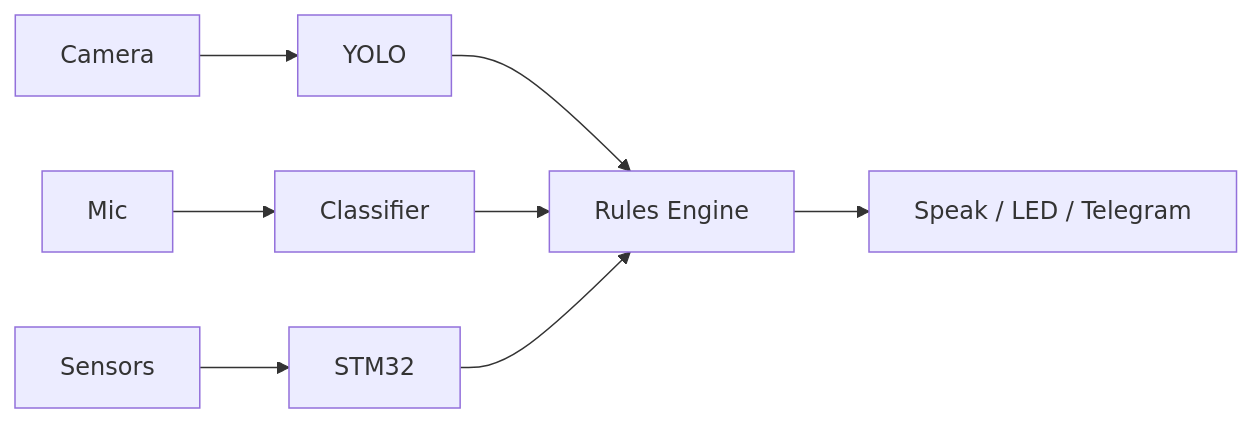
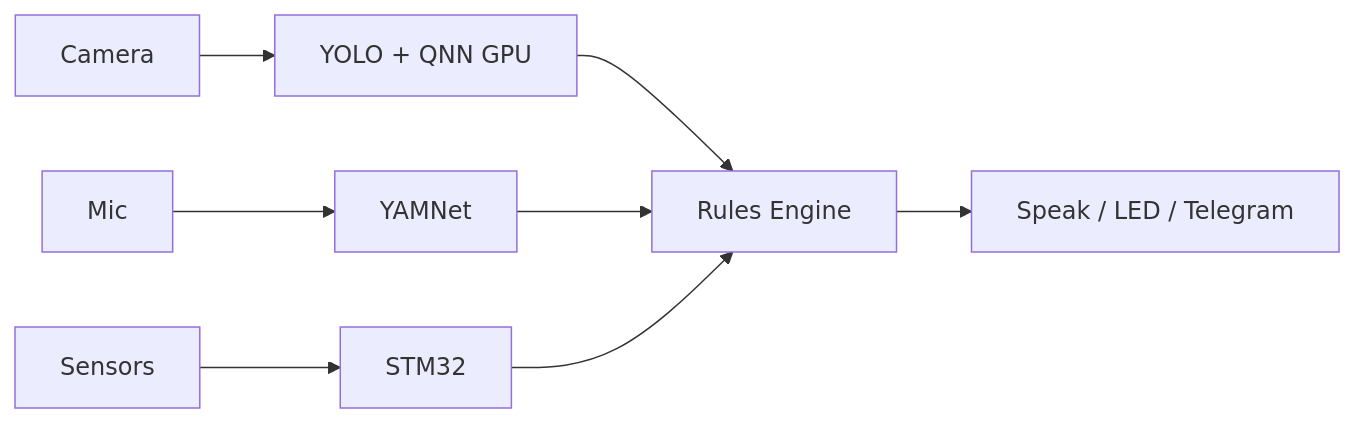
The diagram in README.md (HasNate618/AWARE), drawn with Mermaid before and after one commit. The commit also changed other lines of this file and 9 other files, not shown here.

````diff
--- a/README.md
+++ b/README.md
@@ -11,10 +11,10 @@
 ```mermaid
 graph LR
-    Camera --> Vision[YOLO]
-    Mic --> Audio[Classifier]
+    Camera --> Vision[YOLO + QNN GPU]
+    Mic --> Audio[YAMNet]
     Sensors --> STM32[STM32]
     Vision --> Rules[Rules Engine]
     Audio --> Rules
     STM32 --> Rules
     Rules --> Actions[Speak / LED / Telegram]
 ```
````
